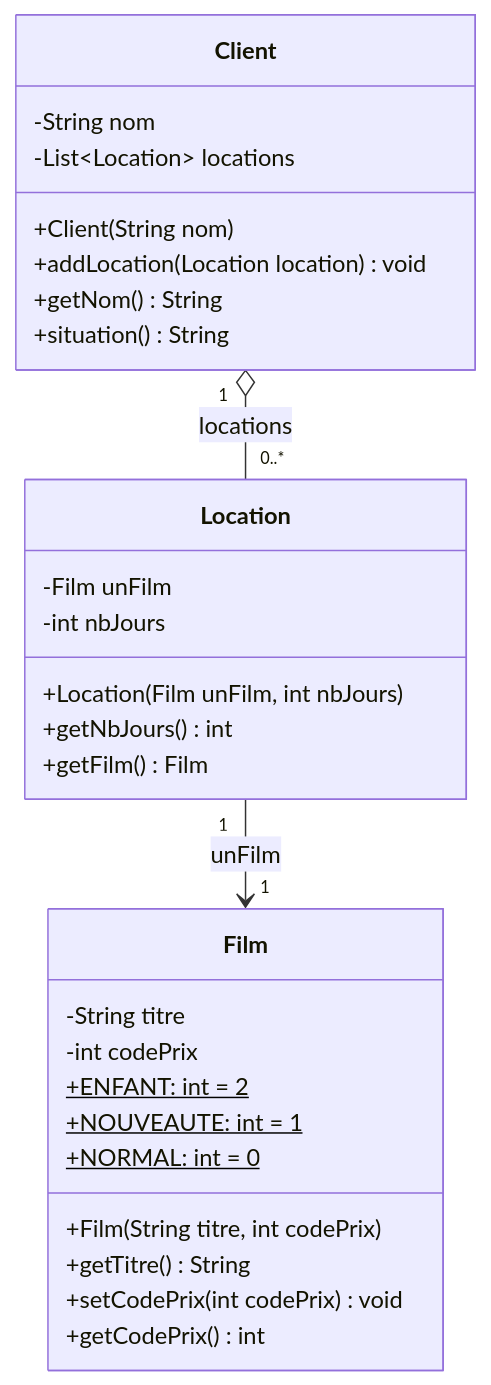
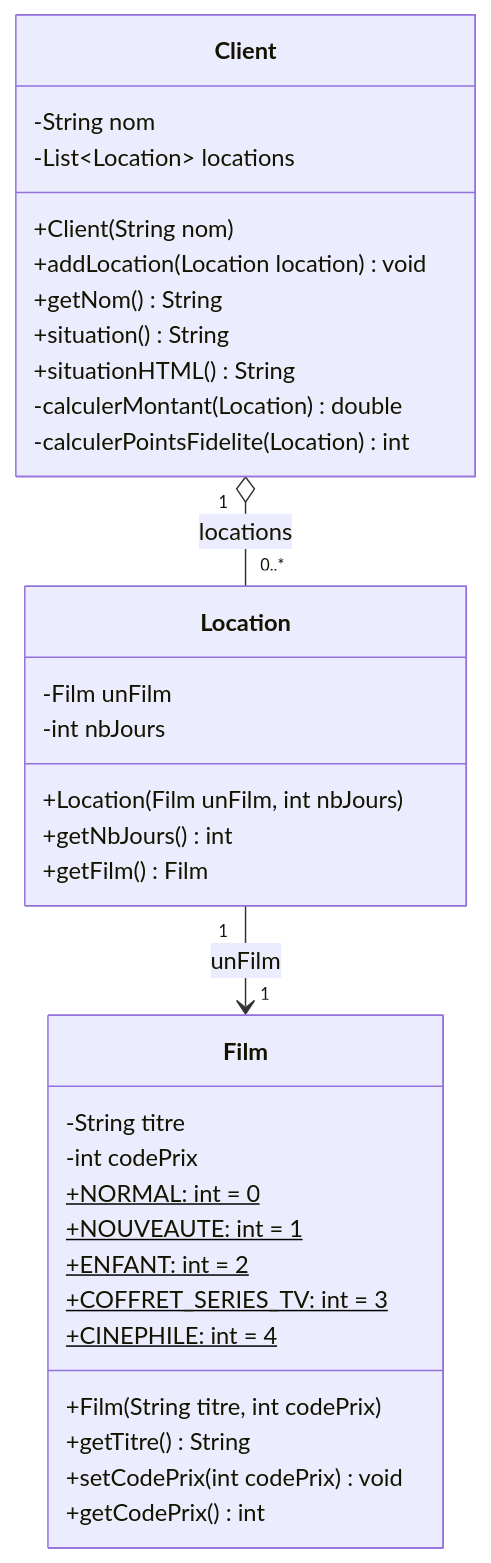
One commit to NeosProjects/R5.06-Refactor changed the first of 2 diagrams in Refactoring (First Book of Matin Fowler)/README.md. Above: the diagram before and after it, drawn with Mermaid. The commit also changed other lines of this file and 20 other files, not shown here.

````diff
--- a/Refactoring (First Book of Matin Fowler)/README.md
+++ b/Refactoring (First Book of Matin Fowler)/README.md
@@ -31,34 +42,39 @@
 ```mermaid
 classDiagram
     class Client {
         -String nom
         -List~Location~ locations
         +Client(String nom)
         +addLocation(Location location) void
         +getNom() String
         +situation() String
+        +situationHTML() String
+        -calculerMontant(Location) double
+        -calculerPointsFidelite(Location) int
     }
     
     class Location {
         -Film unFilm
         -int nbJours
         +Location(Film unFilm, int nbJours)
         +getNbJours() int
         +getFilm() Film
     }
     
     class Film {
         -String titre
         -int codePrix
+        +NORMAL: int = 0$
+        +NOUVEAUTE: int = 1$
         +ENFANT: int = 2$
-        +NOUVEAUTE: int = 1$
-        +NORMAL: int = 0$
+        +COFFRET_SERIES_TV: int = 3$
+        +CINEPHILE: int = 4$
         +Film(String titre, int codePrix)
         +getTitre() String
         +setCodePrix(int codePrix) void
         +getCodePrix() int
     }
     
     Client "1" o-- "0..*" Location : locations
     Location "1" --> "1" Film : unFilm
 ```
````
